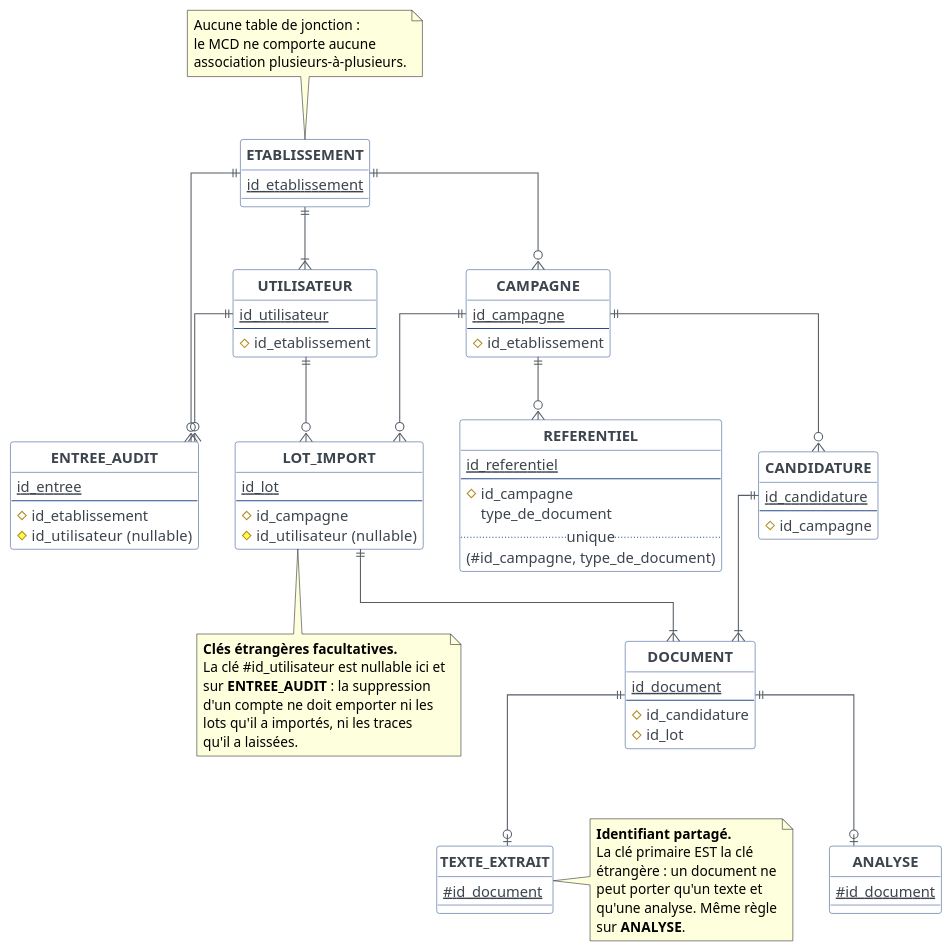
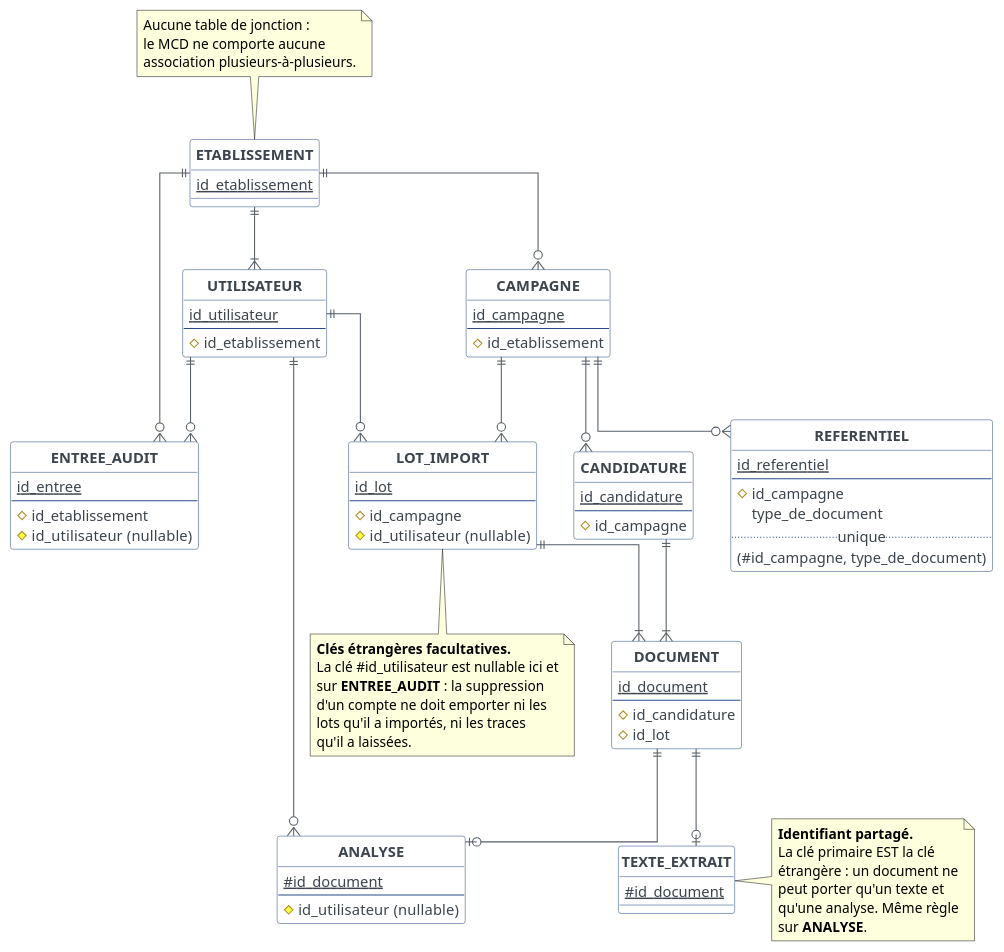
The diagram in docs/conception/mld.puml (XamTV/Probo), drawn with PlantUML before and after one commit. The commit also changed 12 other files, not shown here.

```diff
--- a/docs/conception/mld.puml
+++ b/docs/conception/mld.puml
@@ -1,127 +1,130 @@
 @startuml mld
 ' Probo — Modèle Logique de Données
 '
 ' Traduction du MCD par les règles de passage, et rien d'autre. Ni types, ni
 ' index, ni horodatages, ni dénormalisation : tout cela est au MPD, et justifié
 ' dans ecarts-mcd-mpd.md.
 '
 ' Ce schéma répond à une question que ni le MCD ni le MPD ne traitent :
 ' quelles sont les tables, et comment se lient-elles ? Il ne change que si la
 ' STRUCTURE change — pas à chaque colonne ajoutée.
 '
 ' Forme textuelle de référence : mld.md
 
 hide circle
 skinparam shadowing false
 skinparam defaultFontName Helvetica
 skinparam linetype ortho
 skinparam class {
   BackgroundColor #FFFFFF
   BorderColor #294B8A
   ArrowColor #545C66
   FontColor #14181D
   AttributeFontColor #3C444E
 }
 
 entity "**ETABLISSEMENT**" as etablissement {
   <u>id_etablissement</u>
 }
 
 entity "**UTILISATEUR**" as utilisateur {
   <u>id_utilisateur</u>
   --
   #id_etablissement
 }
 
 entity "**CAMPAGNE**" as campagne {
   <u>id_campagne</u>
   --
   #id_etablissement
 }
 
 entity "**REFERENTIEL**" as referentiel {
   <u>id_referentiel</u>
   --
   #id_campagne
   type_de_document
   .. unique ..
   (#id_campagne, type_de_document)
 }
 
 entity "**LOT_IMPORT**" as lot {
   <u>id_lot</u>
   --
   #id_campagne
   #id_utilisateur  (nullable)
 }
 
 entity "**CANDIDATURE**" as candidature {
   <u>id_candidature</u>
   --
   #id_campagne
 }
 
 entity "**DOCUMENT**" as document {
   <u>id_document</u>
   --
   #id_candidature
   #id_lot
 }
 
 entity "**TEXTE_EXTRAIT**" as texte {
   <u>#id_document</u>
 }
 
 entity "**ANALYSE**" as analyse {
   <u>#id_document</u>
+  --
+  #id_utilisateur  (nullable)
 }
 
 entity "**ENTREE_AUDIT**" as audit {
   <u>id_entree</u>
   --
   #id_etablissement
   #id_utilisateur  (nullable)
 }
 
 etablissement ||--|{ utilisateur
 etablissement ||--o{ campagne
 etablissement ||--o{ audit
 
 campagne ||--o{ referentiel
 campagne ||--o{ lot
 campagne ||--o{ candidature
 
 utilisateur ||--o{ lot
 utilisateur ||--o{ audit
+utilisateur ||--o{ analyse
 
 candidature ||--|{ document
 lot ||--|{ document
 
 document ||--o| texte
 document ||--o| analyse
 
 note right of texte
   **Identifiant partagé.**
   La clé primaire EST la clé
   étrangère : un document ne
   peut porter qu'un texte et
   qu'une analyse. Même règle
   sur **ANALYSE**.
 end note
 
 note bottom of lot
   **Clés étrangères facultatives.**
   La clé #id_utilisateur est nullable ici et
   sur **ENTREE_AUDIT** : la suppression
   d'un compte ne doit emporter ni les
   lots qu'il a importés, ni les traces
   qu'il a laissées.
 end note
 
 note top of etablissement
   Aucune table de jonction :
   le MCD ne comporte aucune
   association plusieurs-à-plusieurs.
 end note
 
 @enduml
```
